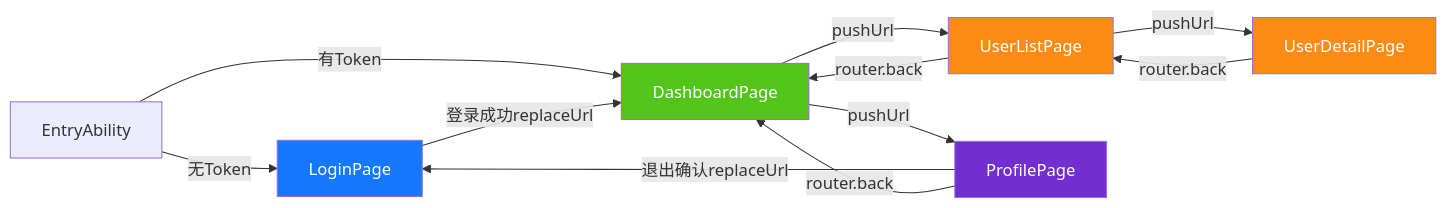
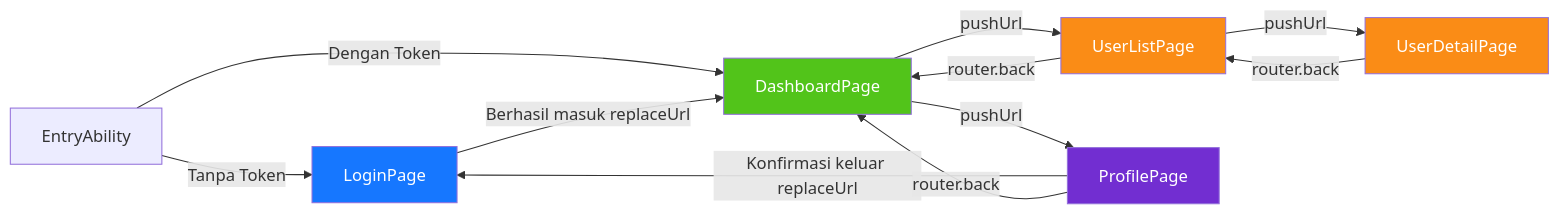
Before and after one commit to erikwang2013/game-platform-php: the second of 2 diagrams in admin/docs/diagrams/10-frontend-components.id.md, drawn with Mermaid. The commit also changed other lines of this file and 211 other files, not shown here.

First line of the commit message:
fix: 支付配置读回类型根治、提现事件对账巡检，12 语族 mermaid 与 API 标签本地化

````diff
--- a/admin/docs/diagrams/10-frontend-components.id.md
+++ b/admin/docs/diagrams/10-frontend-components.id.md
@@ -35,24 +35,24 @@
 ```mermaid
 flowchart LR
     entry["EntryAbility"]
-    entry -->|"无Token"| loginH["LoginPage"]
-    entry -->|"有Token"| dashH["DashboardPage"]
+    entry -->|"Tanpa Token"| loginH["LoginPage"]
+    entry -->|"Dengan Token"| dashH["DashboardPage"]
 
-    loginH -->|"登录成功replaceUrl"| dashH
+    loginH -->|"Berhasil masuk replaceUrl"| dashH
 
     dashH -->|"pushUrl"| userList["UserListPage"]
     dashH -->|"pushUrl"| profile["ProfilePage"]
 
     userList -->|"pushUrl"| userDetail["UserDetailPage"]
     userList -->|"router.back"| dashH
     userDetail -->|"router.back"| userList
 
-    profile -->|"退出确认replaceUrl"| loginH
+    profile -->|"Konfirmasi keluar replaceUrl"| loginH
     profile -->|"router.back"| dashH
 
     style loginH fill:#1677FF,color:#fff
     style dashH fill:#52C41A,color:#fff
     style userList fill:#FA8C16,color:#fff
     style userDetail fill:#FA8C16,color:#fff
     style profile fill:#722ED1,color:#fff
 ```
````
